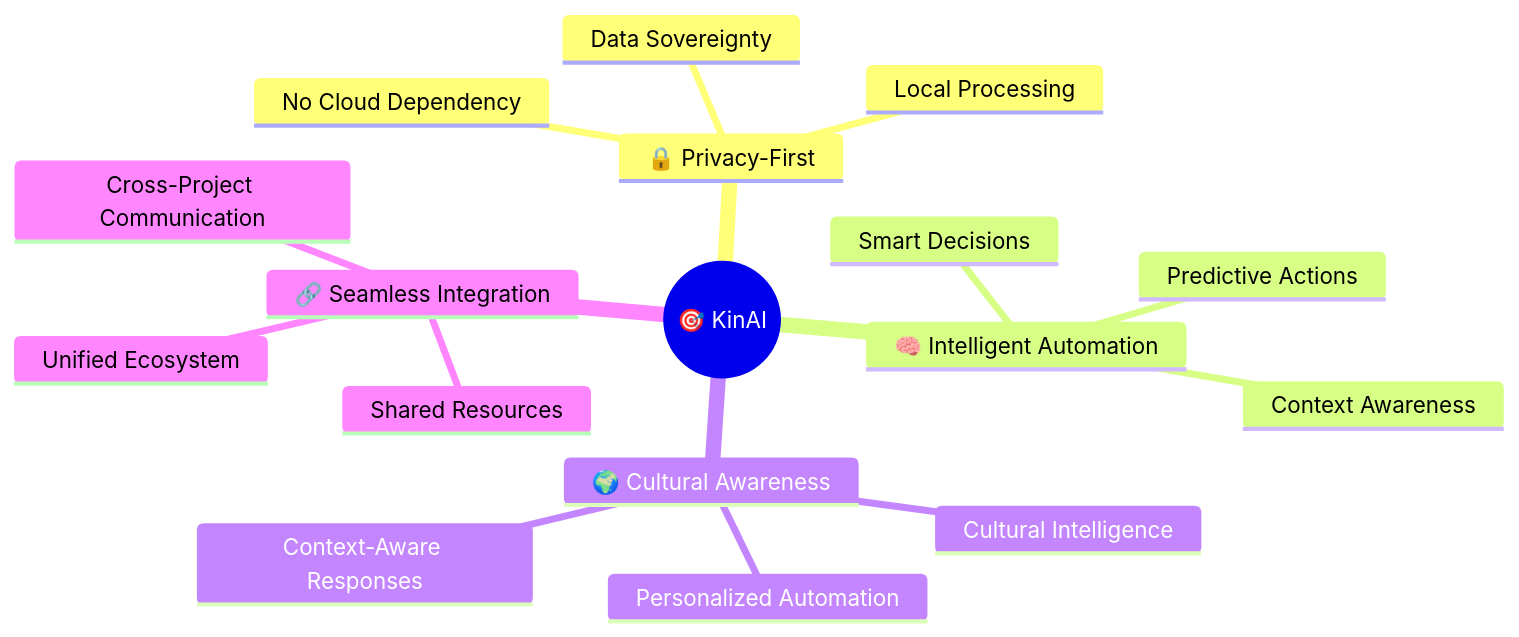
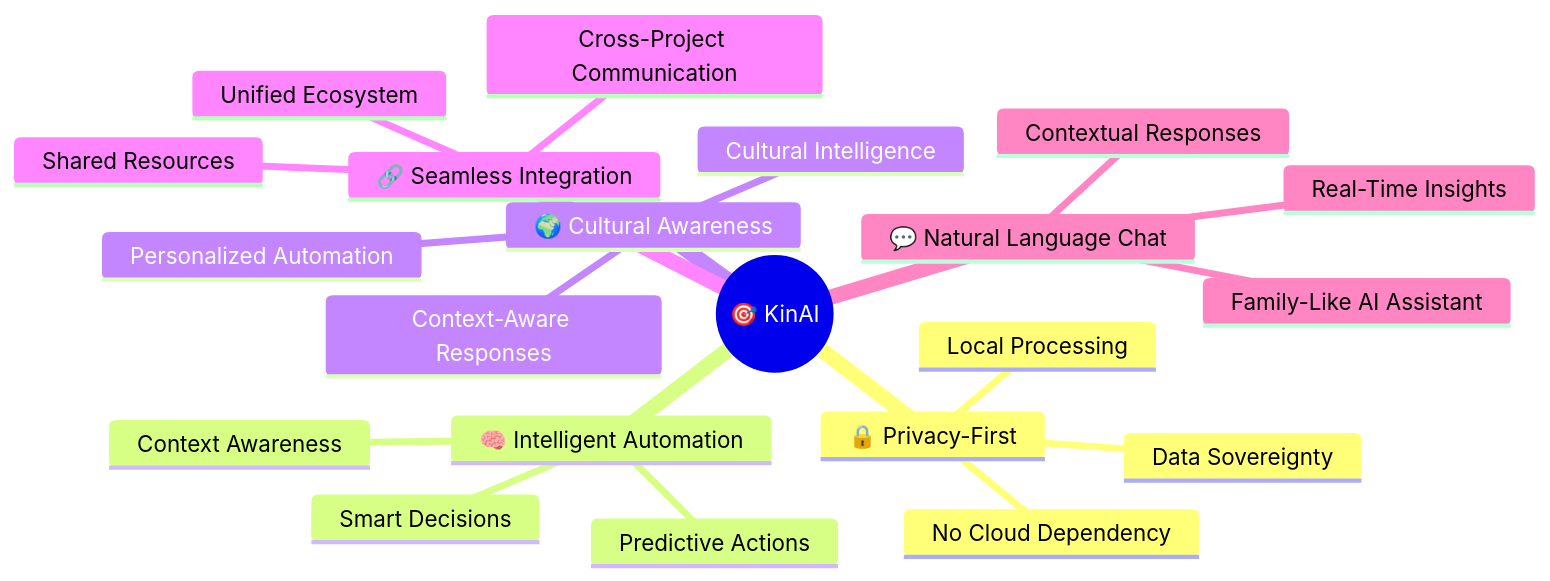
One commit to Logulokesh/KinAI-Ecosystem changed the first of 7 diagrams in README.md. Above: the diagram before and after it, drawn with Mermaid. The commit also changed other lines of this file, not shown here.

````diff
--- a/README.md
+++ b/README.md
@@ -67,20 +119,24 @@
 ```mermaid
 mindmap
   root((🎯 KinAI ))
     🔒 Privacy-First
       Local Processing
       No Cloud Dependency
       Data Sovereignty
     🧠 Intelligent Automation
       Smart Decisions
       Context Awareness
       Predictive Actions
     🌍 Cultural Awareness
       Context-Aware Responses
       Cultural Intelligence
       Personalized Automation
     🔗 Seamless Integration
       Unified Ecosystem
       Cross-Project Communication
       Shared Resources
+    💬 Natural Language Chat
+      Family-Like AI Assistant
+      Contextual Responses
+      Real-Time Insights
 ```
````
